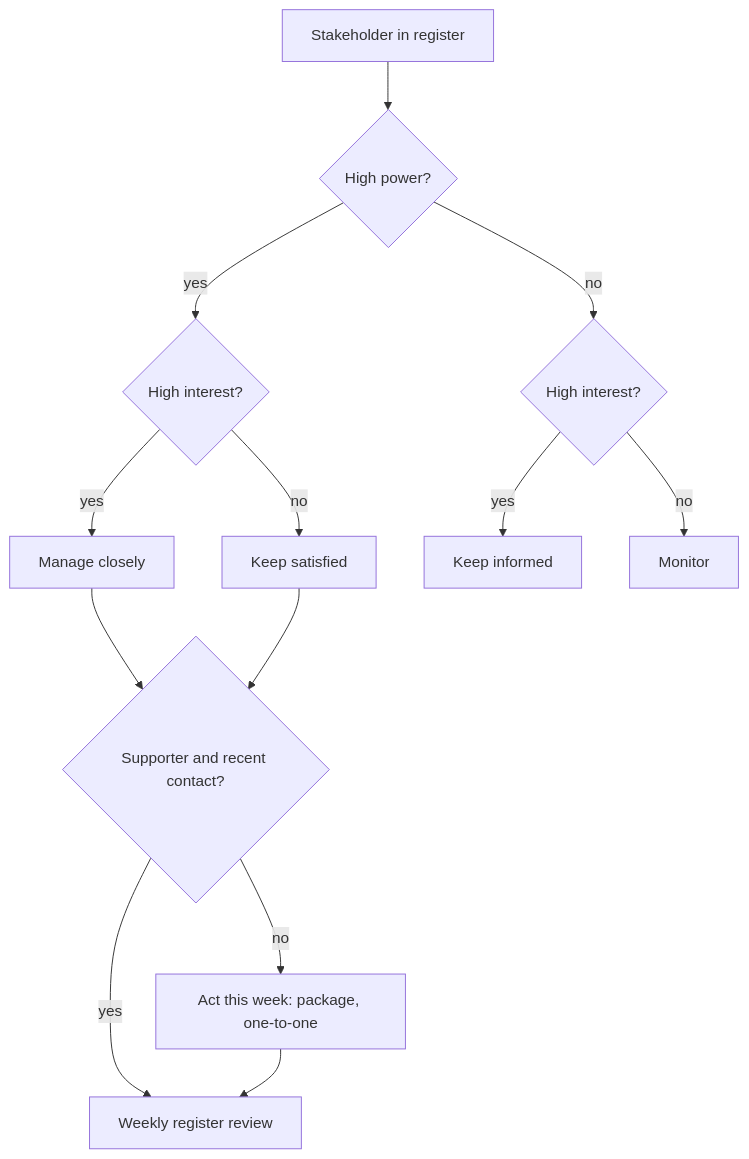
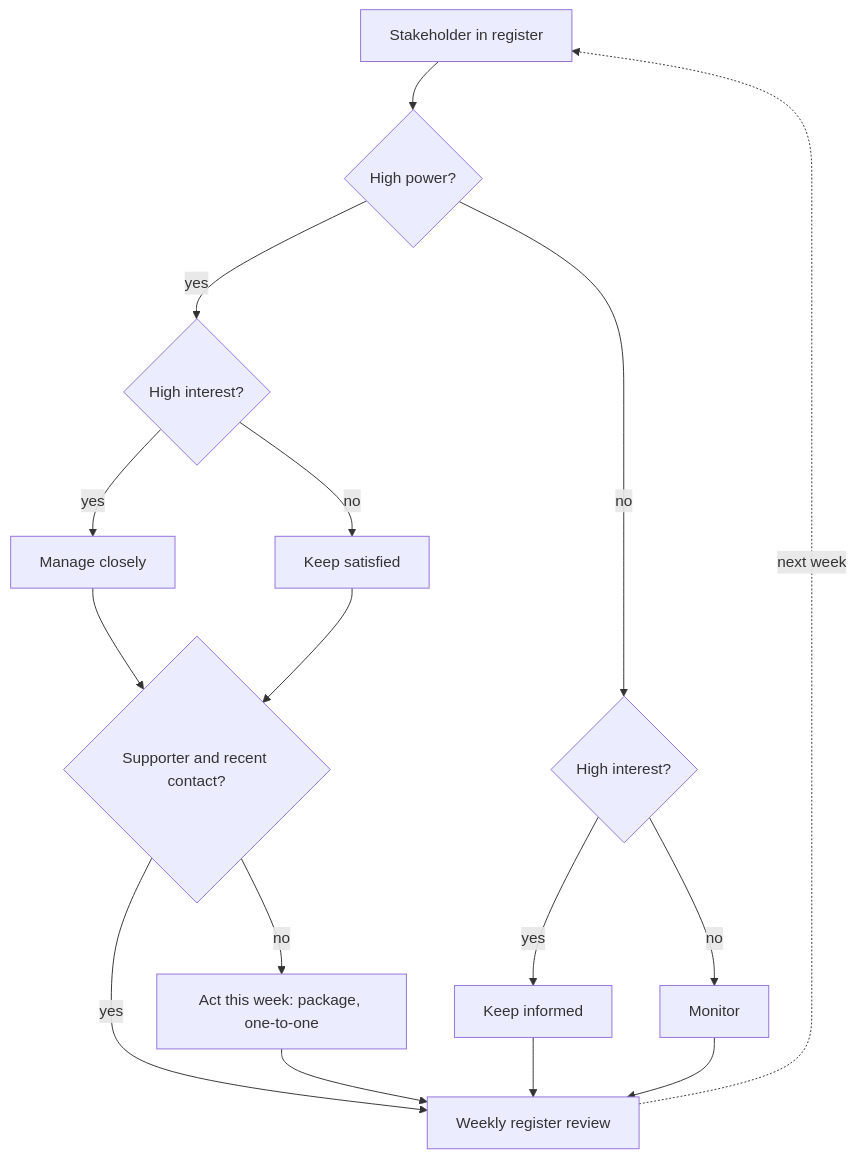
The diagram in content/adoption/stakeholder-management.md (lovishmahajan97/agentic-learning), drawn with Mermaid before and after one commit. The commit also changed other lines of this file and 348 other files, not shown here.

````diff
--- a/content/adoption/stakeholder-management.md
+++ b/content/adoption/stakeholder-management.md
@@ -136,15 +136,18 @@
 ```mermaid
 flowchart TD
     S["Stakeholder in register"] --> P{"High power?"}
     P -->|"yes"| PI{"High interest?"}
     P -->|"no"| LI{"High interest?"}
     PI -->|"yes"| MC["Manage closely"]
     PI -->|"no"| KS["Keep satisfied"]
     LI -->|"yes"| KI["Keep informed"]
     LI -->|"no"| MO["Monitor"]
     MC --> ST{"Supporter and recent contact?"}
     KS --> ST
     ST -->|"no"| A["Act this week: package, one-to-one"]
     ST -->|"yes"| W["Weekly register review"]
     A --> W
+    KI --> W
+    MO --> W
+    W -.->|"next week"| S
 ```
````
